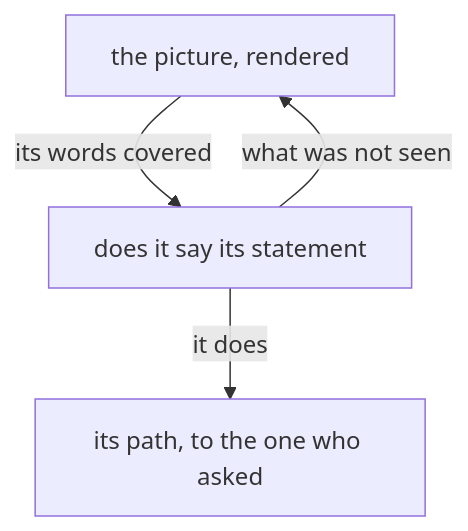
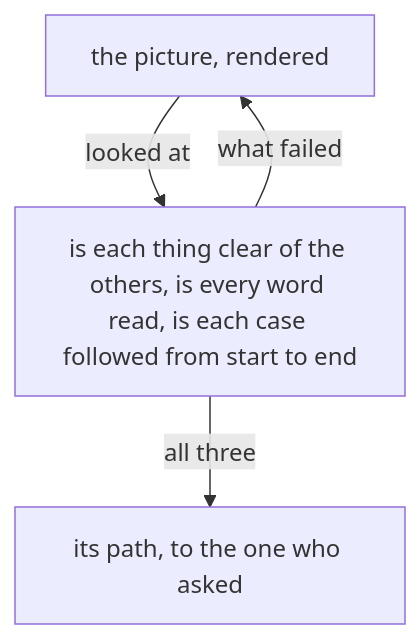
Before and after one commit to LiGoldragon/mind-belief: the second of 2 diagrams in notion/visualizer/0.md, drawn with Mermaid. The commit also changed other lines of this file, not shown here.

Commit message:
Draw the things and one verb on each arrow

````diff
--- a/notion/visualizer/0.md
+++ b/notion/visualizer/0.md
@@ -57,6 +52,6 @@
 ```mermaid
 flowchart TB
-    p["the picture, rendered"] -- "its words covered" --> q["does it say its statement"]
-    q -- "what was not seen" --> p
-    q -- "it does" --> h["its path, to the one who asked"]
+    p["the picture, rendered"] -- "looked at" --> q["is each thing clear of the others, is every word read, is each case followed from start to end"]
+    q -- "what failed" --> p
+    q -- "all three" --> h["its path, to the one who asked"]
 ```
````
